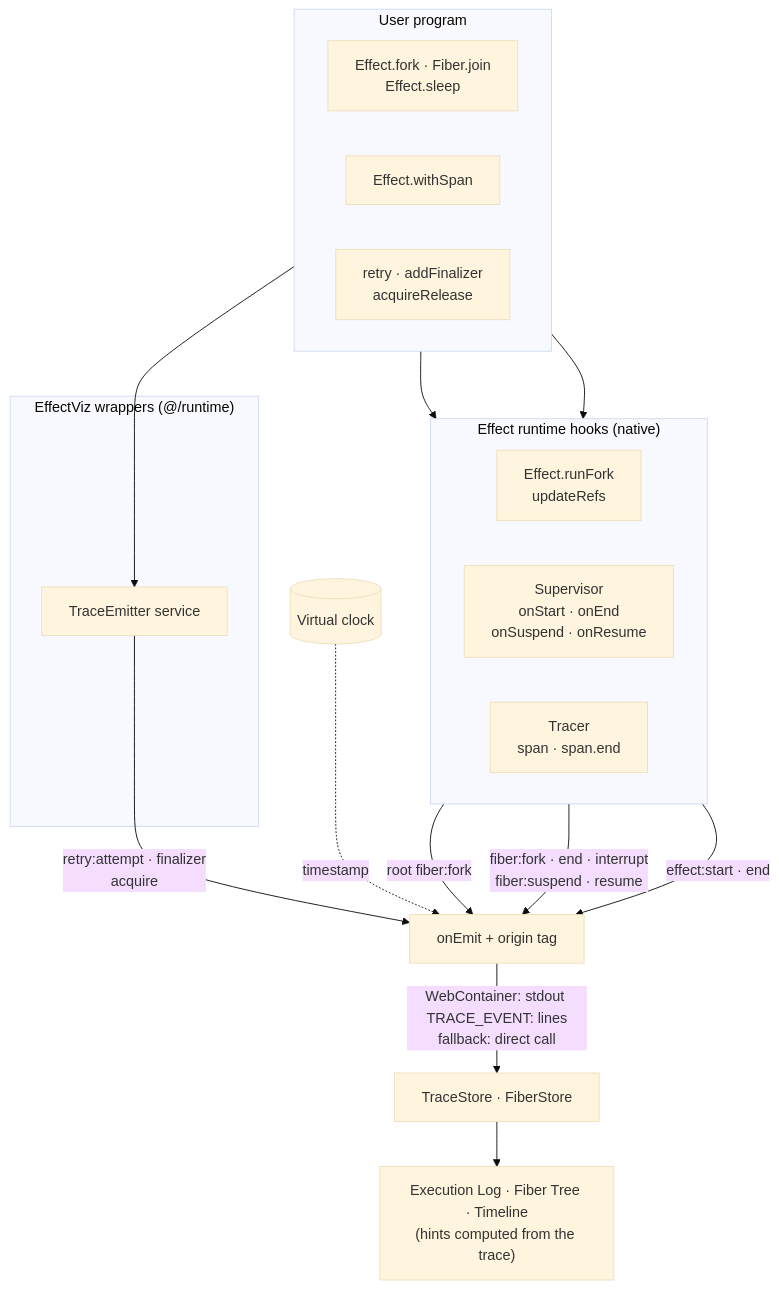
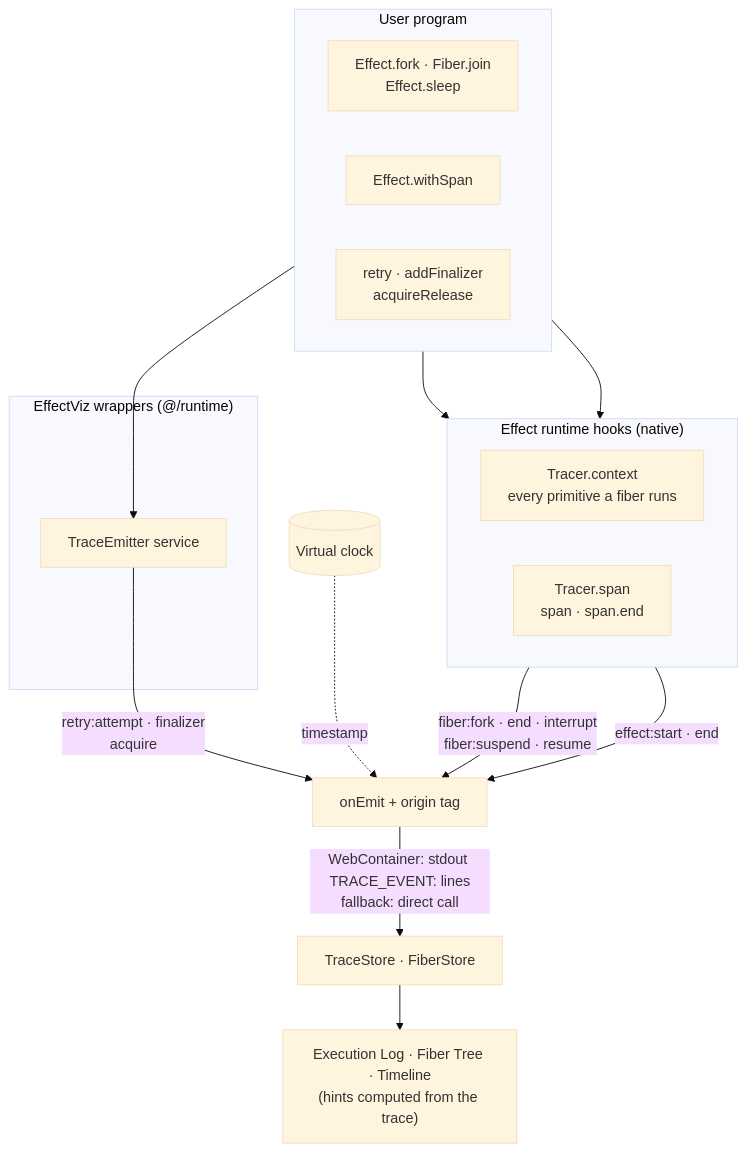
One commit to topheman/effect-viz changed the diagram in workshop/trace-events.md. Above: the diagram before and after it, drawn with Mermaid (base theme). The commit also changed other lines of this file and 3 other files, not shown here.

````diff
--- a/workshop/trace-events.md
+++ b/workshop/trace-events.md
@@ -5,35 +5,33 @@
 ```mermaid
 flowchart TB
   subgraph prog["User program"]
     direction LR
     fork["Effect.fork · Fiber.join<br/>Effect.sleep"]
     span["Effect.withSpan"]
     wrap["retry · addFinalizer<br/>acquireRelease"]
   end
 
   subgraph native["Effect runtime hooks (native)"]
     direction LR
-    runfork["Effect.runFork<br/>updateRefs"]
-    sup["Supervisor<br/>onStart · onEnd<br/>onSuspend · onResume"]
-    tracer["Tracer<br/>span · span.end"]
+    ctx["Tracer.context<br/>every primitive a fiber runs"]
+    tracer["Tracer.span<br/>span · span.end"]
   end
 
   subgraph ours["EffectViz wrappers (@/runtime)"]
     emitter["TraceEmitter service"]
   end
 
-  fork --> sup
+  fork --> ctx
   span --> tracer
   wrap --> emitter
 
-  runfork -->|"root fiber:fork"| emit
-  sup -->|"fiber:fork · end · interrupt<br/>fiber:suspend · resume"| emit
+  ctx -->|"fiber:fork · end · interrupt<br/>fiber:suspend · resume"| emit
   tracer -->|"effect:start · end"| emit
   emitter -->|"retry:attempt · finalizer<br/>acquire"| emit
 
   clock[("Virtual clock")] -.->|"timestamp"| emit
   emit["onEmit + origin tag"]
 
   emit -->|"WebContainer: stdout TRACE_EVENT: lines<br/>fallback: direct call"| store["TraceStore · FiberStore"]
   store --> ui["Execution Log · Fiber Tree · Timeline<br/>(hints computed from the trace)"]
 ```
````
